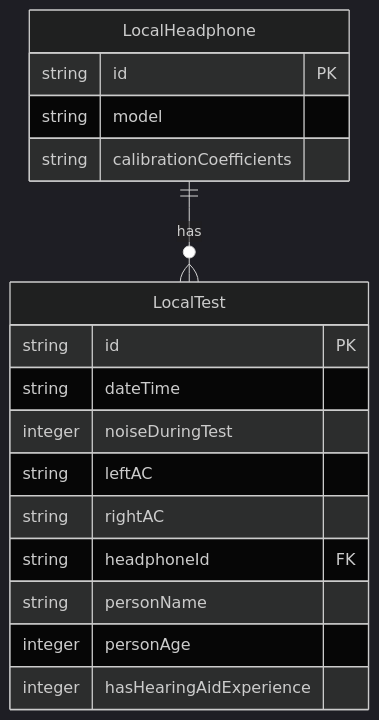
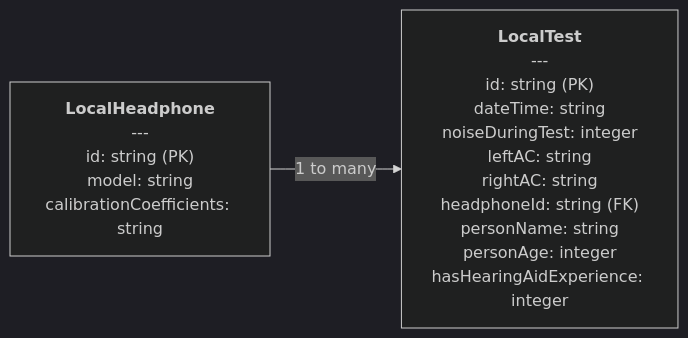
Before and after one commit to khebrati/audiosense: the diagram in docs/database-erd.md, drawn with Mermaid (dark theme).

Commit message:
Make ERD diagram horizontal using graph LR layout

````diff
--- a/docs/database-erd.md
+++ b/docs/database-erd.md
@@ -3,22 +3,7 @@
 ```mermaid
-erDiagram
-    LocalHeadphone ||--o{ LocalTest : "has"
+graph LR
+    LocalHeadphone["<b>LocalHeadphone</b><br/>---<br/>id: string (PK)<br/>model: string<br/>calibrationCoefficients: string"]
+    LocalTest["<b>LocalTest</b><br/>---<br/>id: string (PK)<br/>dateTime: string<br/>noiseDuringTest: integer<br/>leftAC: string<br/>rightAC: string<br/>headphoneId: string (FK)<br/>personName: string<br/>personAge: integer<br/>hasHearingAidExperience: integer"]
     
-    LocalHeadphone {
-        string id PK
-        string model
-        string calibrationCoefficients
-    }
-    
-    LocalTest {
-        string id PK
-        string dateTime
-        integer noiseDuringTest
-        string leftAC
-        string rightAC
-        string headphoneId FK
-        string personName
-        integer personAge
-        integer hasHearingAidExperience
-    }
+    LocalHeadphone -->|"1 to many"| LocalTest
 ```
````
